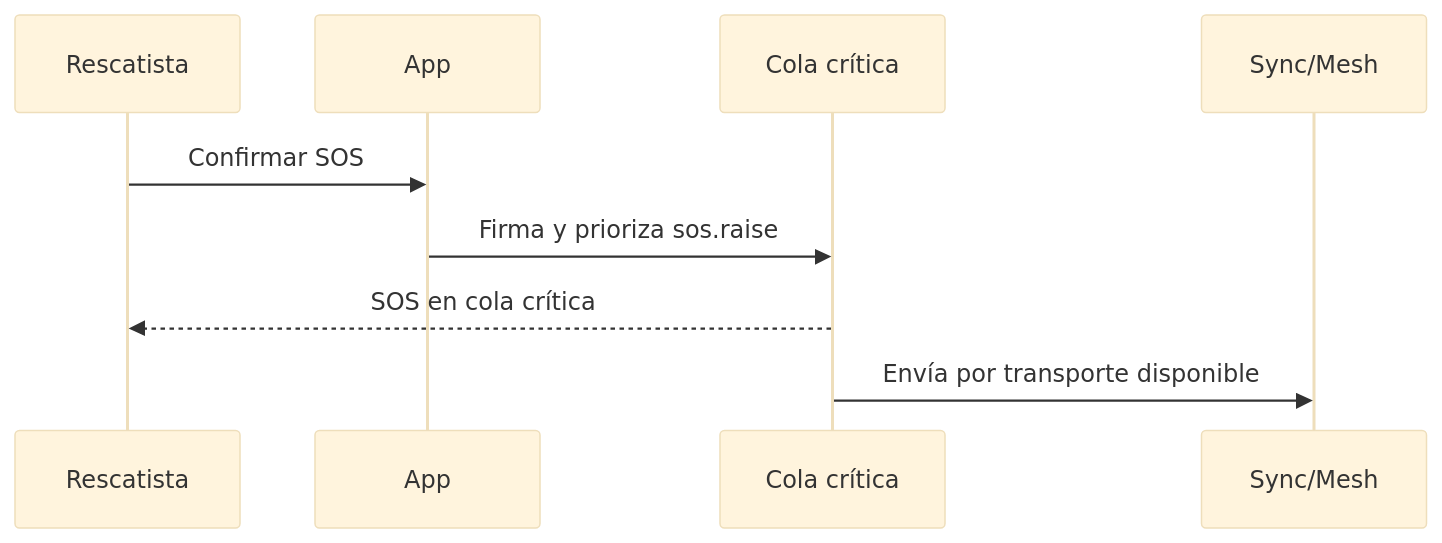
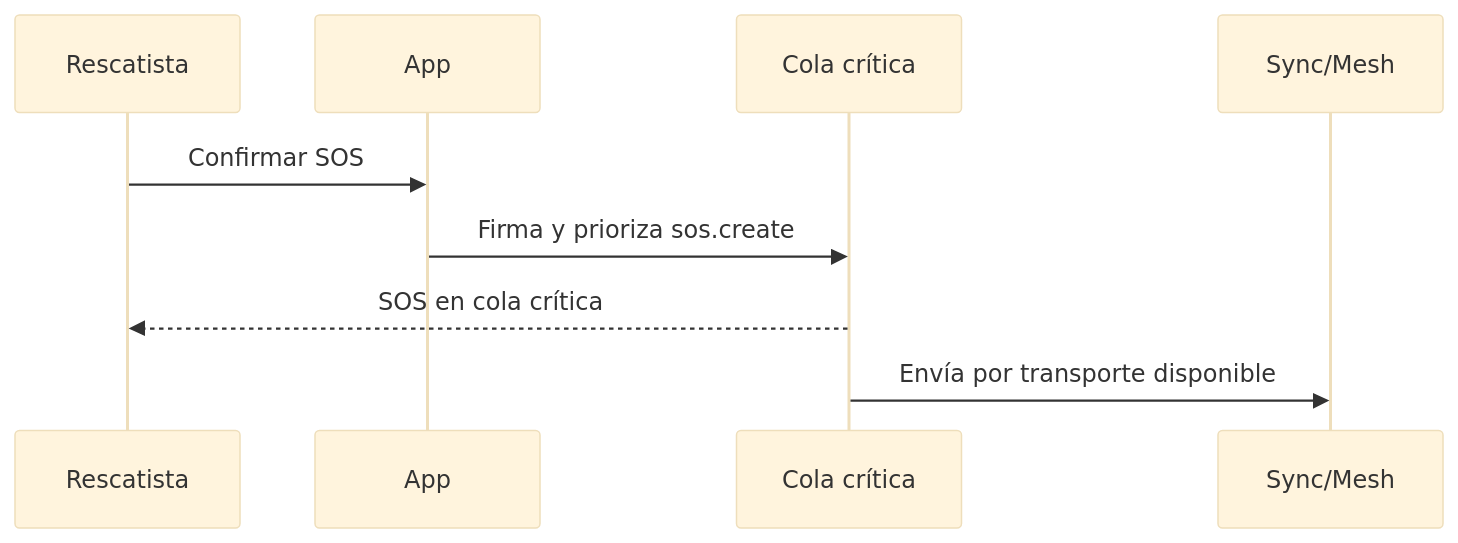
One commit to johan-fx/zero-zone changed the fourth of 4 diagrams in docs/zona_cero_screen_design.md. Above: the diagram before and after it, drawn with Mermaid (base theme). The commit also changed other lines of this file and 15 other files, not shown here.

First line of the commit message:
feat(contracts): integrate shared operation vocabulary and schemas for Zona Cero

````diff
--- a/docs/zona_cero_screen_design.md
+++ b/docs/zona_cero_screen_design.md
@@ -644,11 +644,11 @@
 ```mermaid
 sequenceDiagram
   participant U as Rescatista
   participant A as App
   participant Q as Cola crítica
   participant S as Sync/Mesh
   U->>A: Confirmar SOS
-  A->>Q: Firma y prioriza sos.raise
+  A->>Q: Firma y prioriza sos.create
   Q-->>U: SOS en cola crítica
   Q->>S: Envía por transporte disponible
 ```
````
